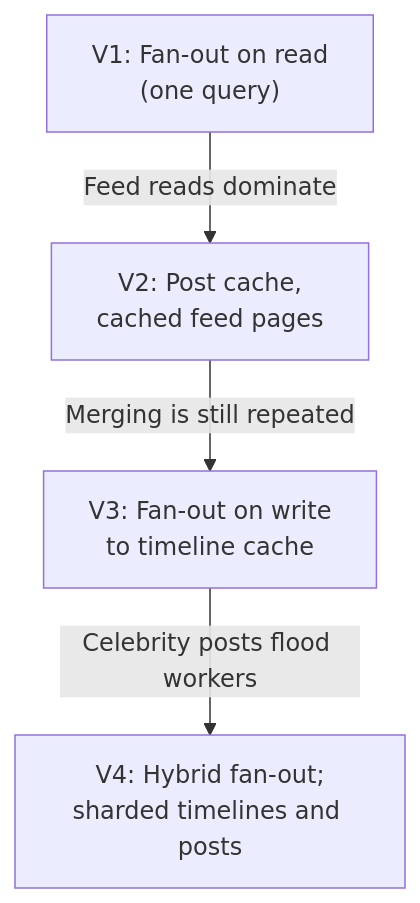
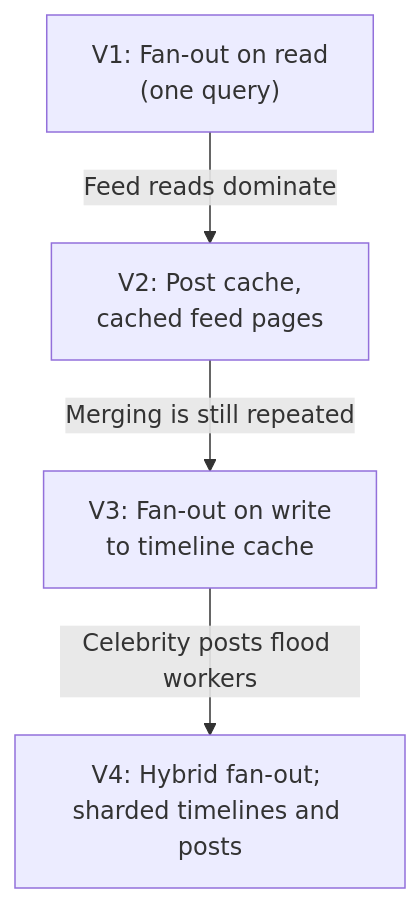
One commit to gitussr/systemly changed the sixth of 6 diagrams in content/12-case-studies/12.03-social-feed.md. Above: the diagram before and after it, drawn with Mermaid. The commit also changed other lines of this file and 5 other files, not shown here.

First line of the commit message:
Level 12: drop manual line breaks in long diagram labels

````diff
--- a/content/12-case-studies/12.03-social-feed.md
+++ b/content/12-case-studies/12.03-social-feed.md
@@ -407,8 +407,8 @@
 ```mermaid
 flowchart TD
   accTitle: How the social feed evolves
   accDescr: V1 assembles feeds with a query at read time. V2 adds caching of posts and feed pages when reads grow. V3 precomputes timelines with fan-out on write. V4 adds the hybrid for high-follower accounts and shards timelines and posts.
   V1["V1: Fan-out on read<br/>(one query)"] -->|"Feed reads dominate"| V2["V2: Post cache,<br/>cached feed pages"]
   V2 -->|"Merging is still repeated"| V3["V3: Fan-out on write<br/>to timeline cache"]
-  V3 -->|"Celebrity posts flood workers"| V4["V4: Hybrid fan-out;<br/>sharded timelines and posts"]
+  V3 -->|"Celebrity posts flood workers"| V4["V4: Hybrid fan-out; sharded timelines and posts"]
 ```
````
